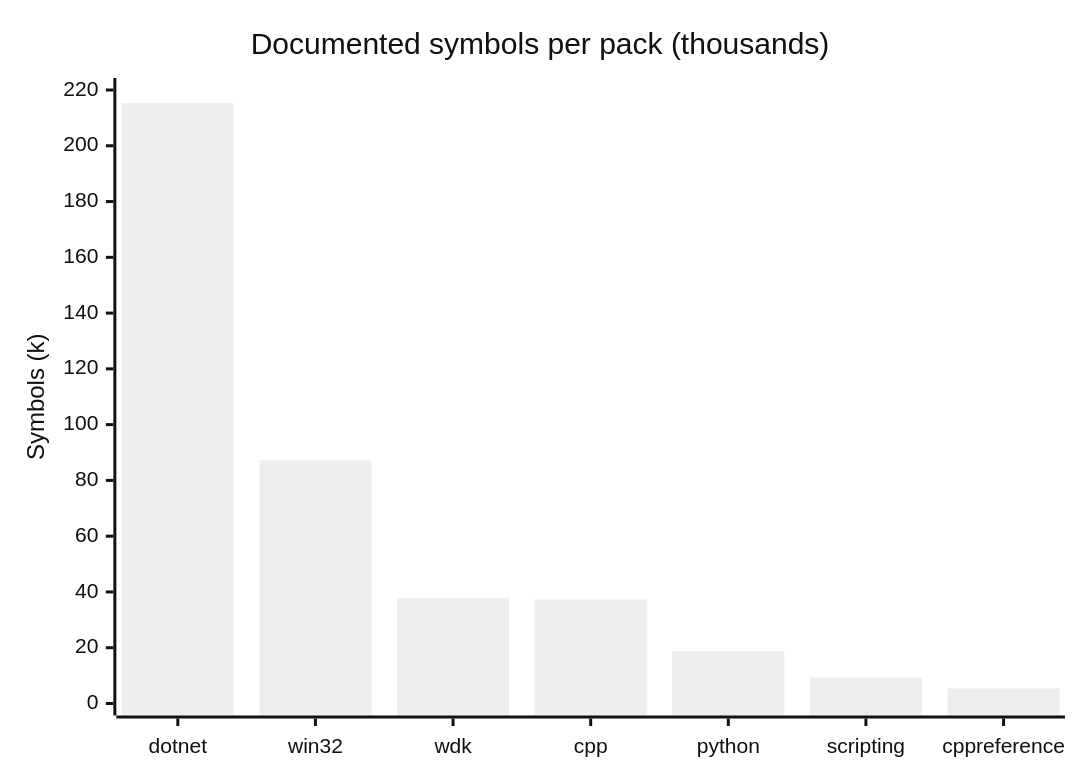
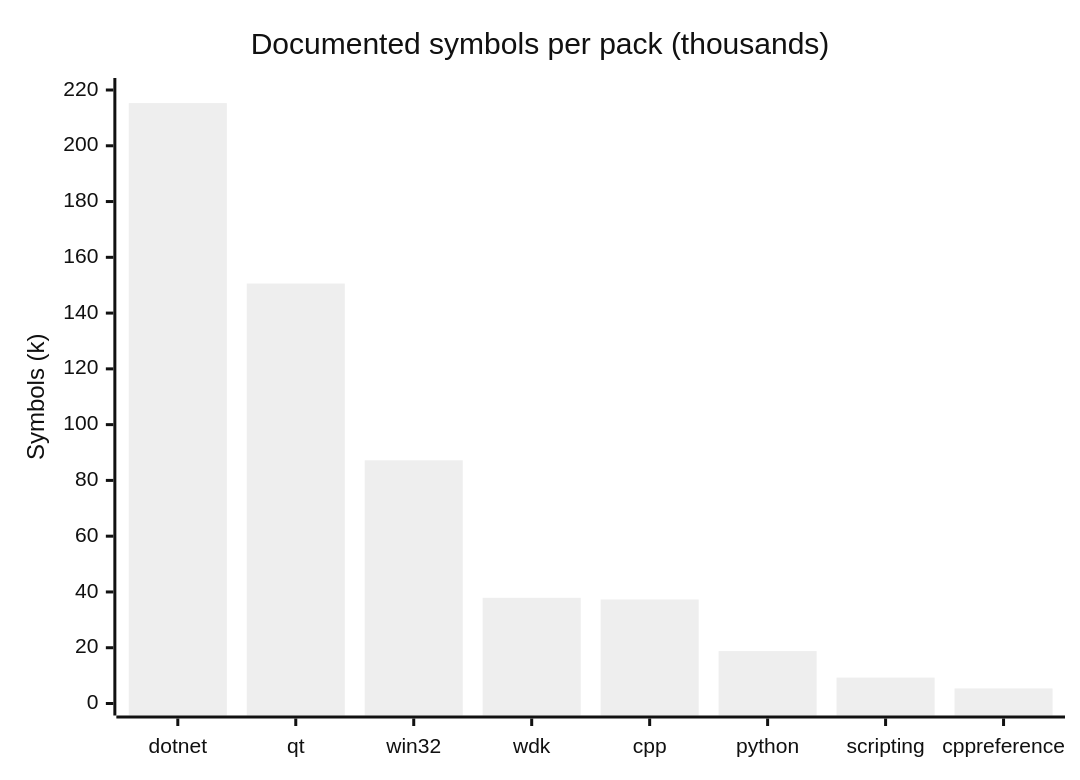
One commit to Binchitects/argus changed the first of 2 diagrams in docs/argus/overview.md. Above: the diagram before and after it, drawn with Mermaid (neutral theme). The commit also changed other lines of this file and 35 other files, not shown here.

````diff
--- a/docs/argus/overview.md
+++ b/docs/argus/overview.md
@@ -118,7 +118,7 @@
 ```mermaid
 xychart-beta
     title "Documented symbols per pack (thousands)"
-    x-axis ["dotnet", "win32", "wdk", "cpp", "python", "scripting", "cppreference"]
+    x-axis ["dotnet", "qt", "win32", "wdk", "cpp", "python", "scripting", "cppreference"]
     y-axis "Symbols (k)" 0 --> 220
-    bar [215.3, 87.2, 37.9, 37.3, 18.8, 9.3, 5.4]
+    bar [215.3, 150.6, 87.2, 37.9, 37.3, 18.8, 9.3, 5.4]
 ```
````
